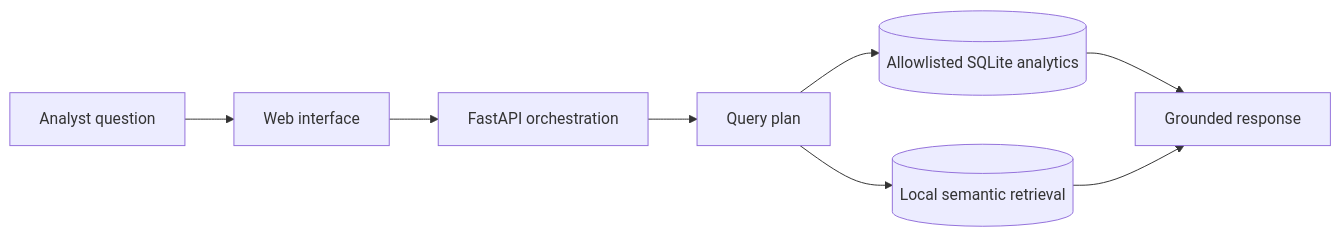
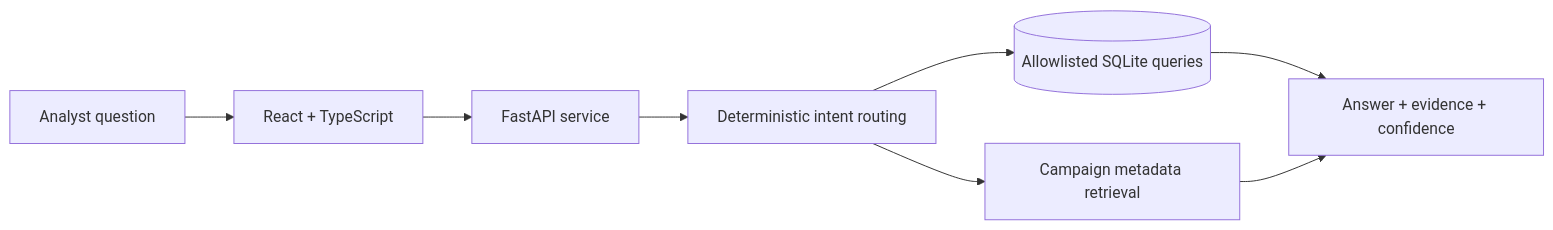
Before and after one commit to shrutilekkala/Smart-Ad-Query: the diagram in README.md, drawn with Mermaid. The commit also changed other lines of this file, not shown here.

````diff
--- a/README.md
+++ b/README.md
@@ -19,10 +21,10 @@
 ```mermaid
 flowchart LR
-    User[Analyst question] --> UI[Web interface]
-    UI --> API[FastAPI orchestration]
-    API --> Plan[Query plan]
-    Plan --> SQL[(Allowlisted SQLite analytics)]
-    Plan --> Retrieval[(Local semantic retrieval)]
-    SQL --> Answer[Grounded response]
-    Retrieval --> Answer
+    User[Analyst question] --> UI[React + TypeScript]
+    UI --> API[FastAPI service]
+    API --> Router[Deterministic intent routing]
+    Router --> SQL[(Allowlisted SQLite queries)]
+    Router --> Search[Campaign metadata retrieval]
+    SQL --> Result[Answer + evidence + confidence]
+    Search --> Result
 ```
````
